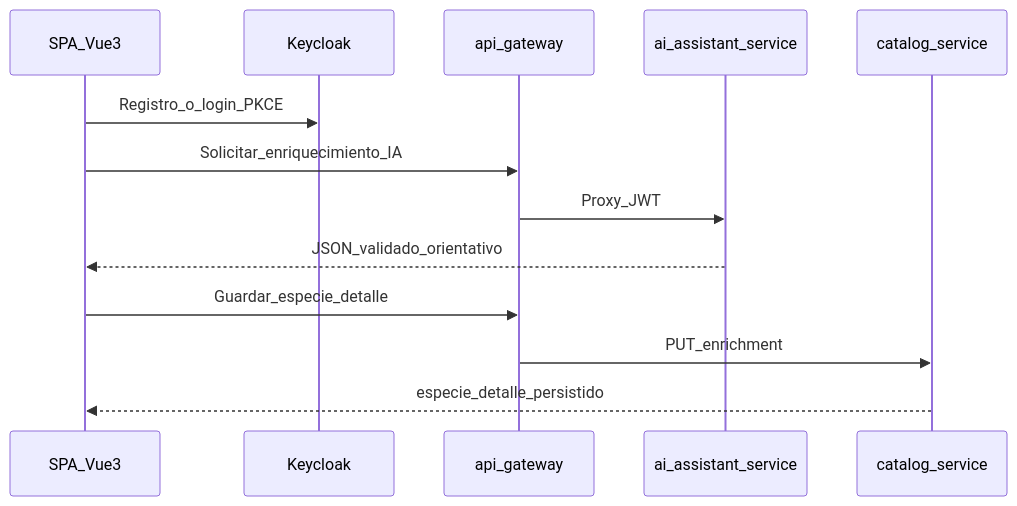
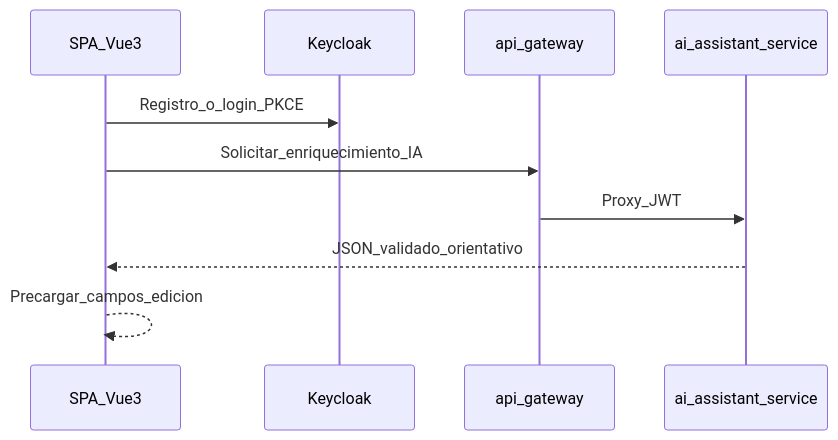
One commit to ldefrutos1/AI4Devs-finalproject changed diagram 12 of 19 in readme.md. Above: the diagram before and after it, drawn with Mermaid. The commit also changed other lines of this file and 72 other files, not shown here.

````diff
--- a/readme.md
+++ b/readme.md
@@ -777,15 +779,12 @@
 ```mermaid
 sequenceDiagram
   participant SPA as SPA_Vue3
   participant KC as Keycloak
   participant GW as api_gateway
   participant AIS as ai_assistant_service
-  participant CAT as catalog_service
   SPA->>KC: Registro_o_login_PKCE
   SPA->>GW: Solicitar_enriquecimiento_IA
   GW->>AIS: Proxy_JWT
   AIS-->>SPA: JSON_validado_orientativo
-  SPA->>GW: Guardar_especie_detalle
-  GW->>CAT: PUT_enrichment
-  CAT-->>SPA: especie_detalle_persistido
+  SPA-->>SPA: Precargar_campos_edicion
 ```
````
